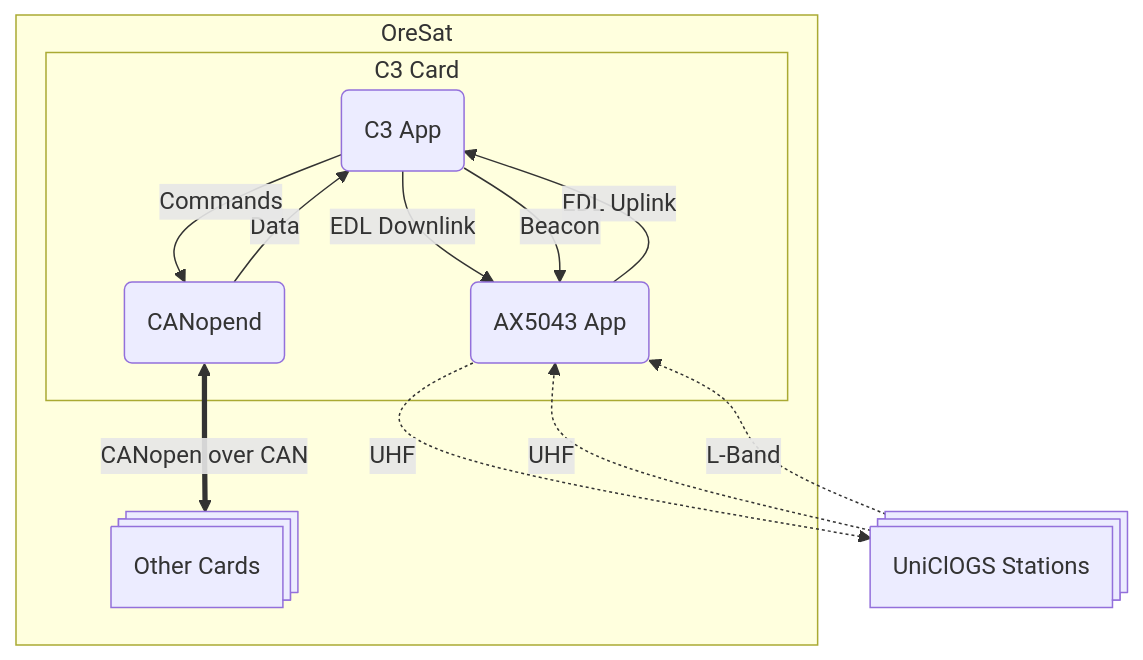
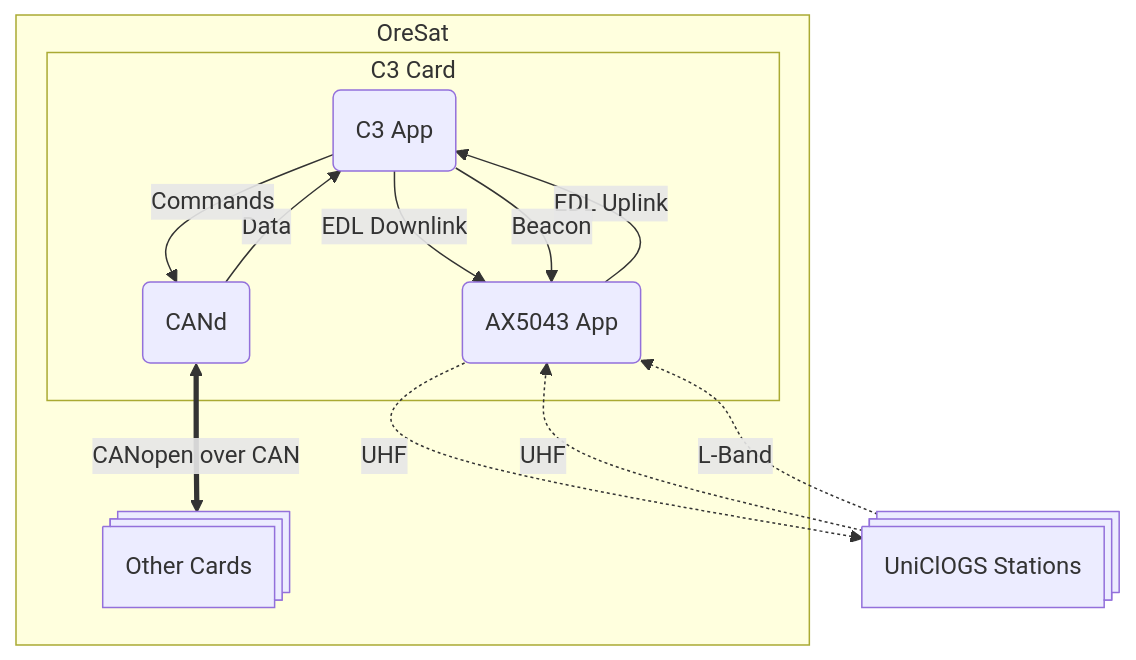
The diagram in README.md (oresat/oresat-c3-software), drawn with Mermaid before and after one commit. The commit also changed other lines of this file and 13 other files, not shown here.

Commit message:
rename canopend to cand

````diff
--- a/README.md
+++ b/README.md
@@ -20,24 +20,24 @@
 ```mermaid
 flowchart TD
     app@{shape: rounded, label: "C3 App"}
     ax5043@{shape: rounded, label: "AX5043 App"}
-    canopend@{shape: rounded, label: "CANopend"}
+    cand@{shape: rounded, label: "CANd"}
     cards@{shape: processes, label: "Other Cards"}
     uniclogs@{shape: processes, label: "UniClOGS Stations"}
 
     subgraph OreSat
         subgraph C3 Card
             app --> |EDL Downlink| ax5043
             ax5043 --> |EDL Uplink| app
             app --> |Beacon| ax5043
-            canopend --> |Data| app
-            app --> |Commands| canopend
+            cand --> |Data| app
+            app --> |Commands| cand
         end
 
-        canopend <==> |CANopen over CAN| cards
+        cand <==> |CANopen over CAN| cards
     end
 
     uniclogs -.-> |UHF| ax5043
     ax5043 -.-> |UHF| uniclogs
     uniclogs -.-> |L-Band| ax5043
 ```
````
